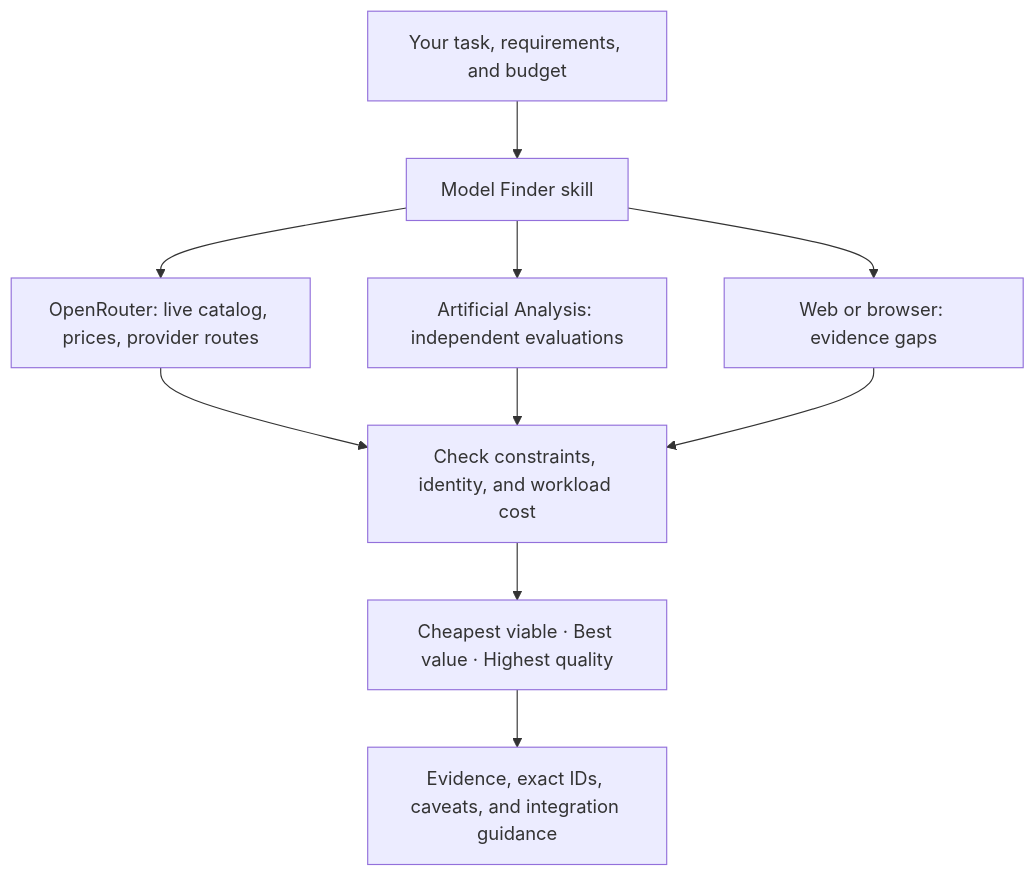
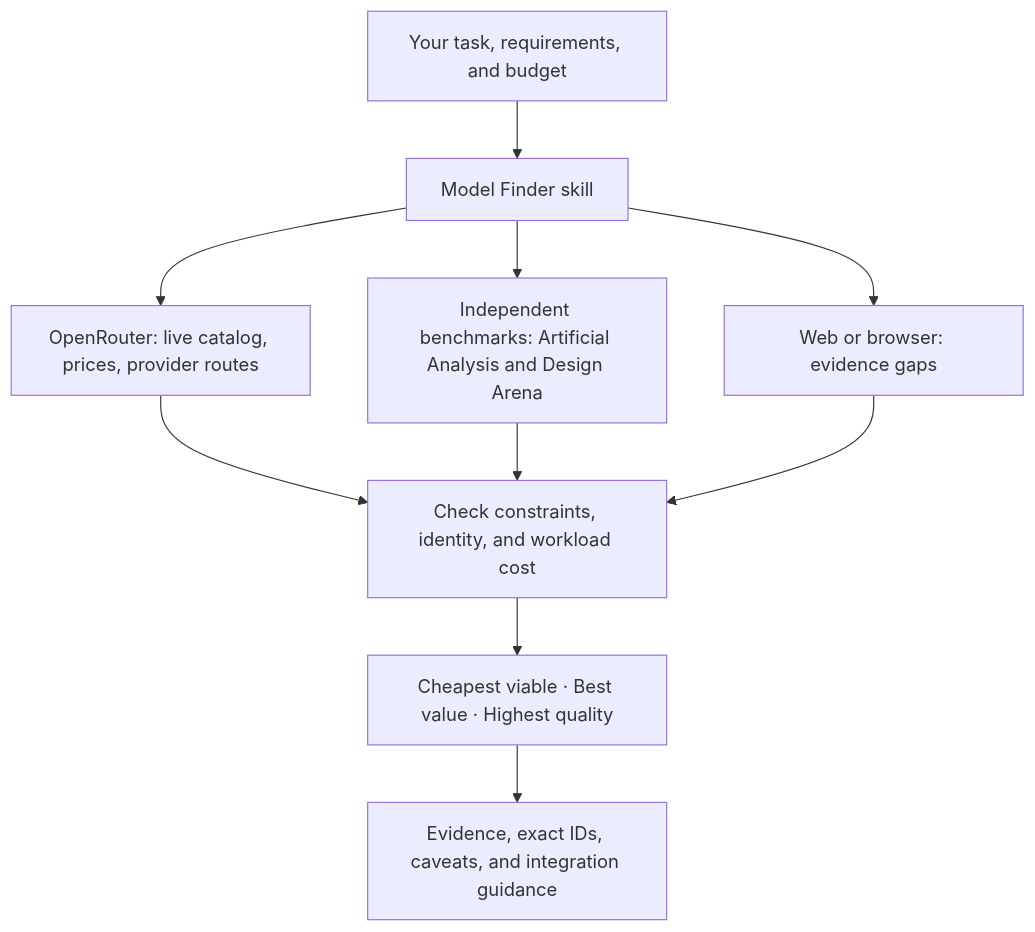
The diagram in README.md (Saad-Hassan25/model-finder), drawn with Mermaid before and after one commit. The commit also changed other lines of this file and 13 other files, not shown here.

````diff
--- a/README.md
+++ b/README.md
@@ -18,12 +156,12 @@
 ```mermaid
 flowchart TD
     A[Your task, requirements, and budget] --> B[Model Finder skill]
     B --> C[OpenRouter: live catalog, prices, provider routes]
-    B --> D[Artificial Analysis: independent evaluations]
+    B --> D[Independent benchmarks: Artificial Analysis and Design Arena]
     B --> E[Web or browser: evidence gaps]
     C --> F[Check constraints, identity, and workload cost]
     D --> F
     E --> F
     F --> G[Cheapest viable · Best value · Highest quality]
     G --> H[Evidence, exact IDs, caveats, and integration guidance]
 ```
````
